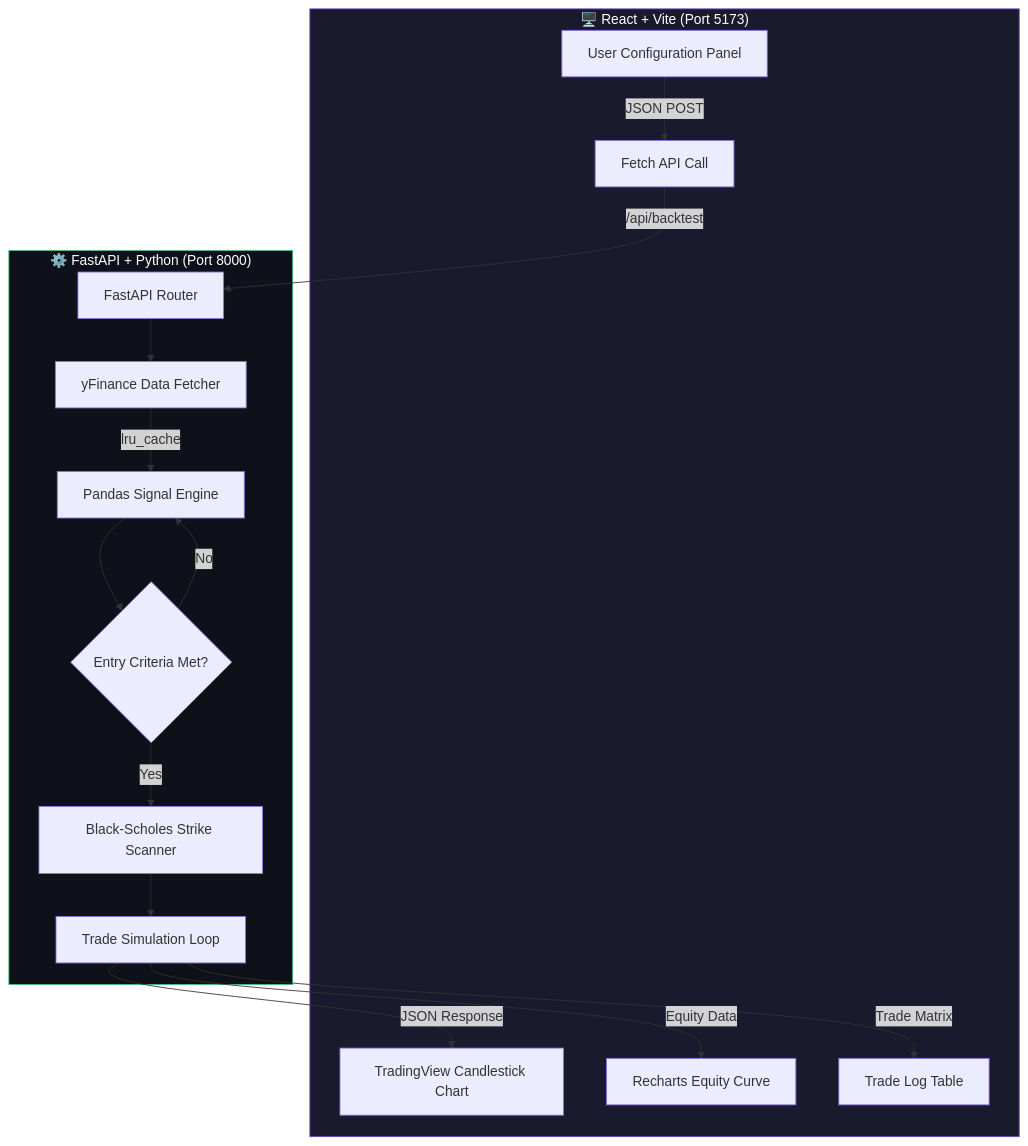
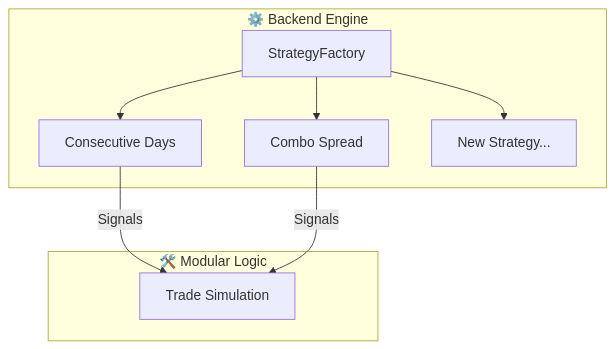
The diagram in README.md (gsl0001/spy_credit_spread), drawn with Mermaid before and after one commit. The commit also changed other lines of this file, not shown here.

Commit message:
Update README with modular architecture, advanced analytics, and paper trading features

````diff
--- a/README.md
+++ b/README.md
@@ -41,25 +41,13 @@
 ```mermaid
 graph TD
-    subgraph Frontend["🖥️ React + Vite (Port 5173)"]
-        A[User Configuration Panel] -->|JSON POST| B[Fetch API Call]
-        I[TradingView Candlestick Chart] 
-        J[Recharts Equity Curve]
-        K[Trade Log Table]
+    subgraph CoreEngine["⚙️ Backend Engine"]
+        A[StrategyFactory] --> B[Consecutive Days]
+        A --> C[Combo Spread]
+        A --> D[New Strategy...]
     end
-
-    subgraph Backend["⚙️ FastAPI + Python (Port 8000)"]
-        B -->|/api/backtest| C[FastAPI Router]
-        C --> D[yFinance Data Fetcher]
-        D -->|lru_cache| E[Pandas Signal Engine]
-        E --> F{Entry Criteria Met?}
-        F -->|Yes| G[Black-Scholes Strike Scanner]
-        F -->|No| E
-        G --> H[Trade Simulation Loop]
-        H -->|JSON Response| I
-        H -->|Equity Data| J
-        H -->|Trade Matrix| K
+    
+    subgraph Logic["🛠️ Modular Logic"]
+        B -->|Signals| E[Trade Simulation]
+        C -->|Signals| E
     end
-
-    style Frontend fill:#1a1a2e,stroke:#6b46c1,color:#fff
-    style Backend fill:#0f111a,stroke:#48bb78,color:#fff
 ```
````
